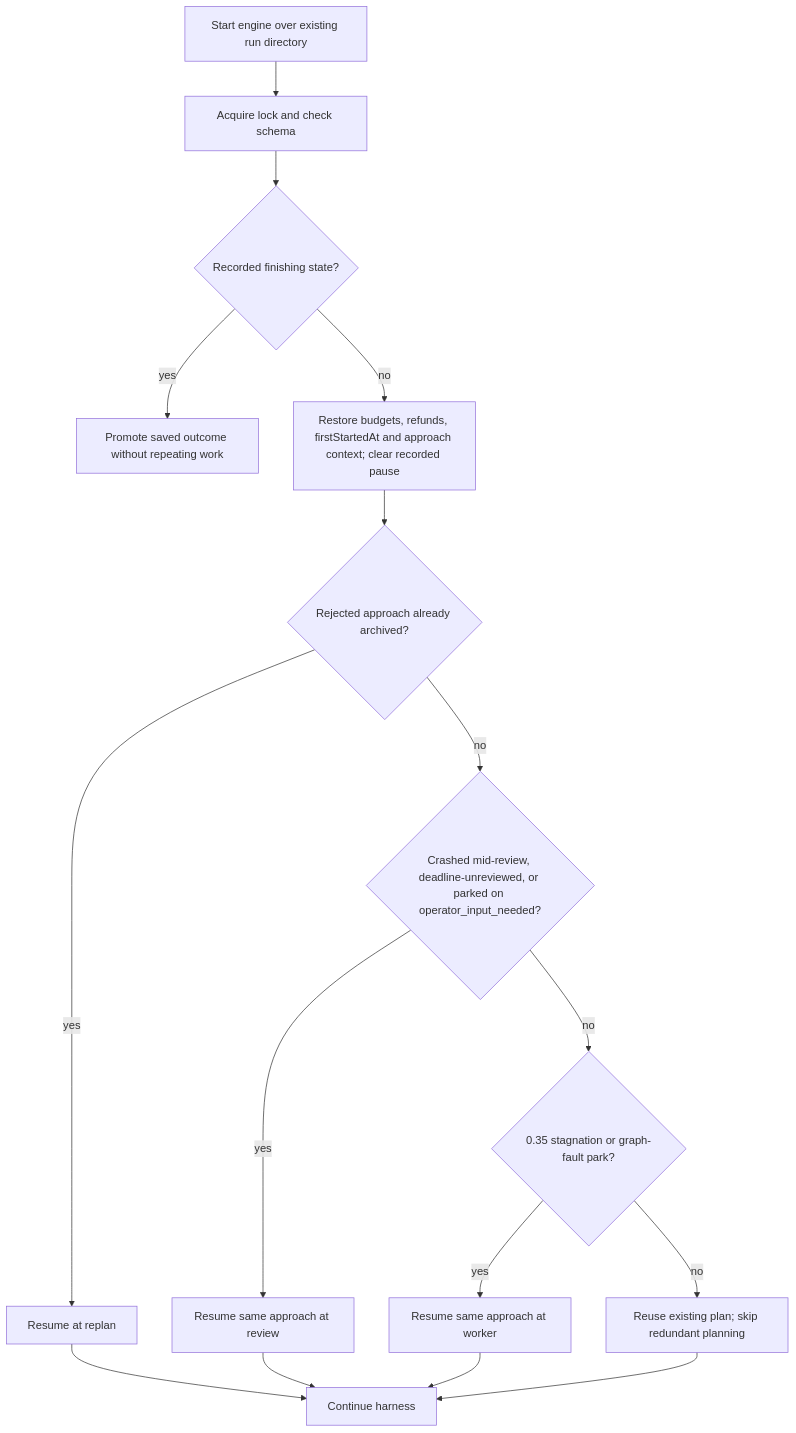
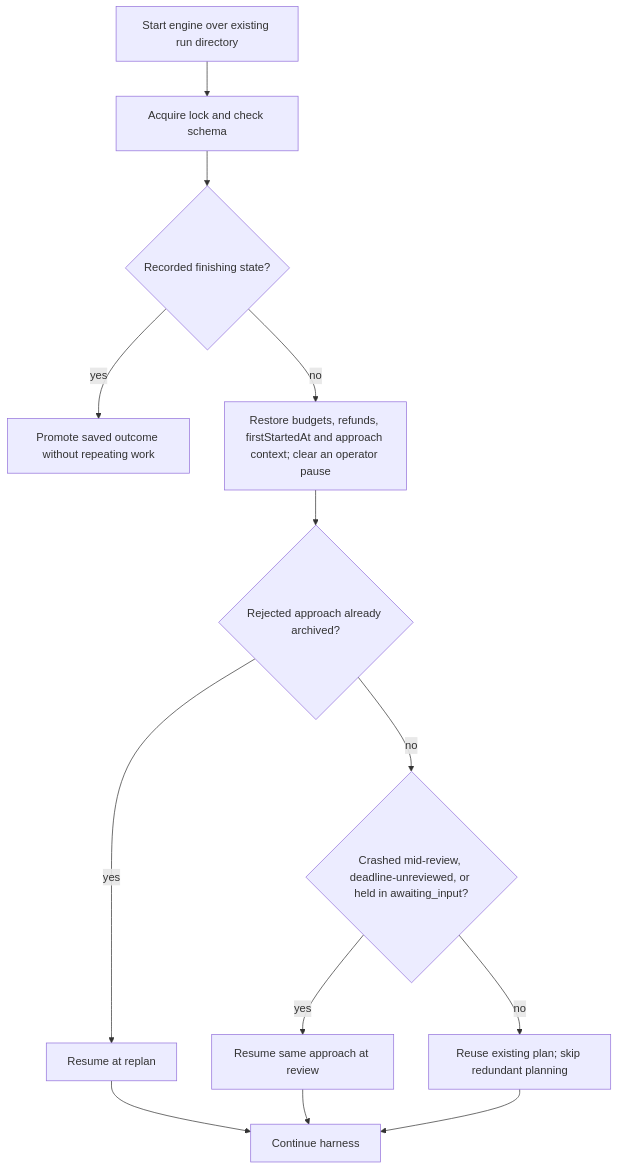
One commit to n-orlov/ralphd changed the tenth of 10 diagrams in docs/solution-tech-spec.md. Above: the diagram before and after it, drawn with Mermaid. The commit also changed other lines of this file and 8 other files, not shown here.

````diff
--- a/docs/solution-tech-spec.md
+++ b/docs/solution-tech-spec.md
@@ -1439,18 +1449,17 @@
 ```mermaid
 flowchart TD
     Resume["Start engine over existing run directory"] --> Lock["Acquire lock and check schema"]
     Lock --> Finishing{"Recorded finishing state?"}
     Finishing -->|yes| Promote["Promote saved outcome without repeating work"]
-    Finishing -->|no| Seed["Restore budgets, refunds, firstStartedAt and approach context; clear recorded pause"]
+    Finishing -->|no| Seed["Restore budgets, refunds, firstStartedAt and approach context; clear an operator pause"]
     Seed --> Archived{"Rejected approach already archived?"}
     Archived -->|yes| Replan["Resume at replan"]
-    Archived -->|no| Judge{"Crashed mid-review, deadline-unreviewed, or parked on operator_input_needed?"}
+    Archived -->|no| Judge{"Crashed mid-review, deadline-unreviewed, or held in awaiting_input?"}
     Judge -->|yes| Review["Resume same approach at review"]
-    Judge -->|no| Legacy{"0.35 stagnation or graph-fault park?"}
-    Legacy -->|yes| Worker["Resume same approach at worker"]
-    Legacy -->|no| Existing["Reuse existing plan; skip redundant planning"]
+        Judge -->|no| Existing["Reuse existing plan; skip redundant planning"]
+
     Replan --> Continue["Continue harness"]
     Review --> Continue
-    Worker --> Continue
+    
     Existing --> Continue
 ```
````
